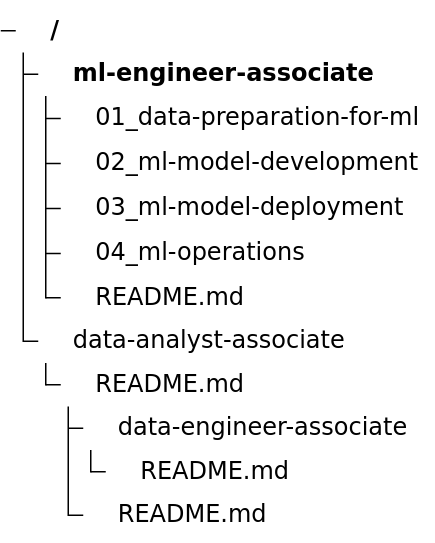
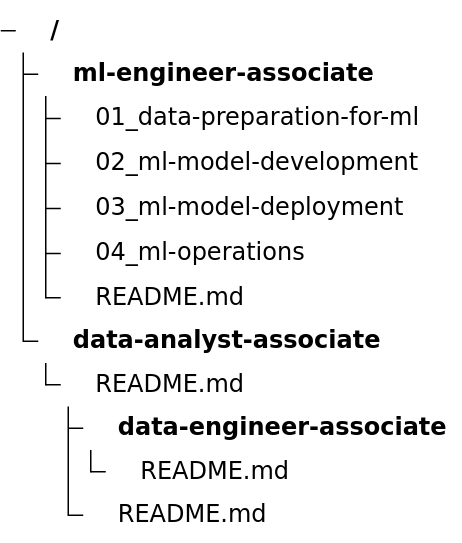
One commit to rosa-lpz/databricks-training changed the diagram in README.md. Above: the diagram before and after it, drawn with Mermaid.

Commit message:
README.md - tree-view correction

````diff
--- a/README.md
+++ b/README.md
@@ -13,20 +13,20 @@
 ```mermaid
 ---
 config:
   treeView:
     showIcons: true
 ---
 treeView-beta
     ml-engineer-associate/
         01_data-preparation-for-ml
         02_ml-model-development
         03_ml-model-deployment
         04_ml-operations
         README.md
-	data-analyst-associate
+	data-analyst-associate/
 		README.md
-    data-engineer-associate
+    data-engineer-associate/
     	README.md
     README.md
 
 ```
````
